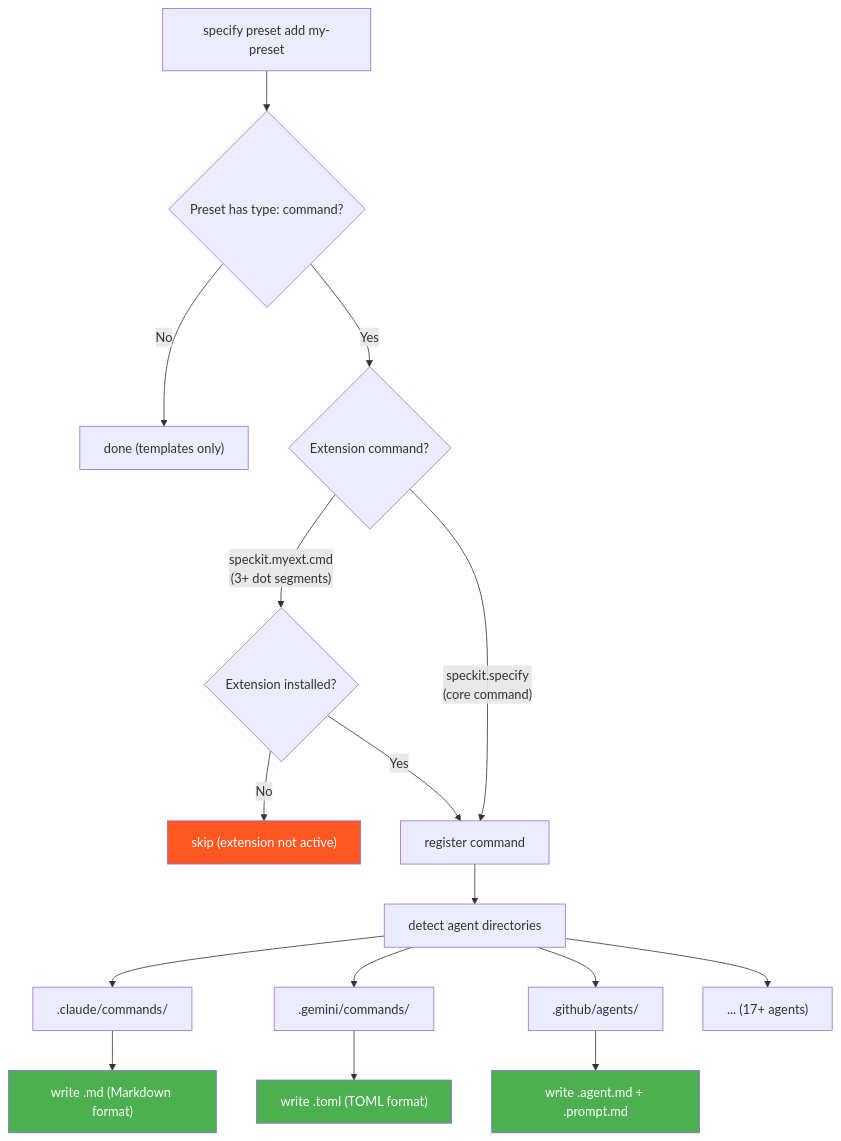
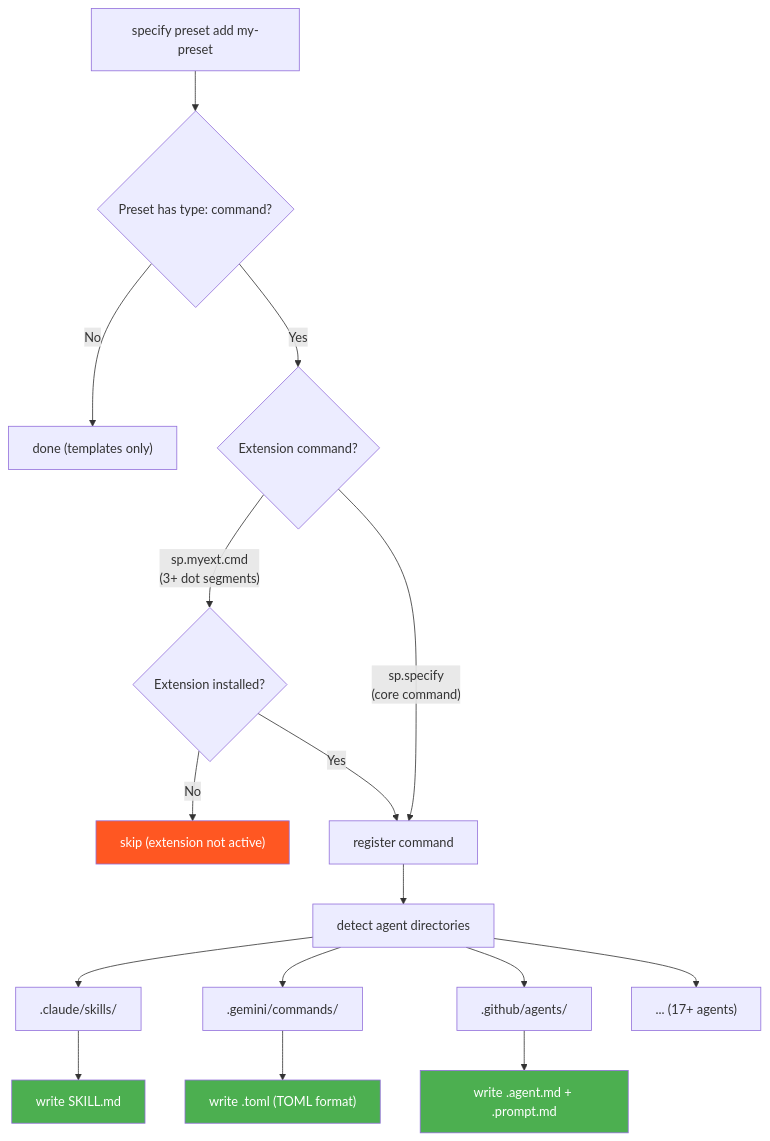
One commit to chenziyang110/spec-kit-plus changed the second of 3 diagrams in presets/ARCHITECTURE.md. Above: the diagram before and after it, drawn with Mermaid. The commit also changed other lines of this file and 50 other files, not shown here.

````diff
--- a/presets/ARCHITECTURE.md
+++ b/presets/ARCHITECTURE.md
@@ -48,23 +48,23 @@
 ```mermaid
 flowchart TD
     A["specify preset add my-preset"] --> B{Preset has type: command?}
     B -- No --> Z["done (templates only)"]
     B -- Yes --> C{Extension command?}
-    C -- "speckit.myext.cmd\n(3+ dot segments)" --> D{Extension installed?}
+    C -- "sp.myext.cmd\n(3+ dot segments)" --> D{Extension installed?}
     D -- No --> E["skip (extension not active)"]
     D -- Yes --> F["register command"]
-    C -- "speckit.specify\n(core command)" --> F
+    C -- "sp.specify\n(core command)" --> F
     F --> G["detect agent directories"]
-    G --> H[".claude/commands/"]
+    G --> H[".claude/skills/"]
     G --> I[".gemini/commands/"]
     G --> J[".github/agents/"]
     G --> K["... (17+ agents)"]
-    H --> L["write .md (Markdown format)"]
+    H --> L["write SKILL.md"]
     I --> M["write .toml (TOML format)"]
     J --> N["write .agent.md + .prompt.md"]
 
     style E fill:#ff5722,color:#fff
     style L fill:#4caf50,color:#fff
     style M fill:#4caf50,color:#fff
     style N fill:#4caf50,color:#fff
 ```
````
